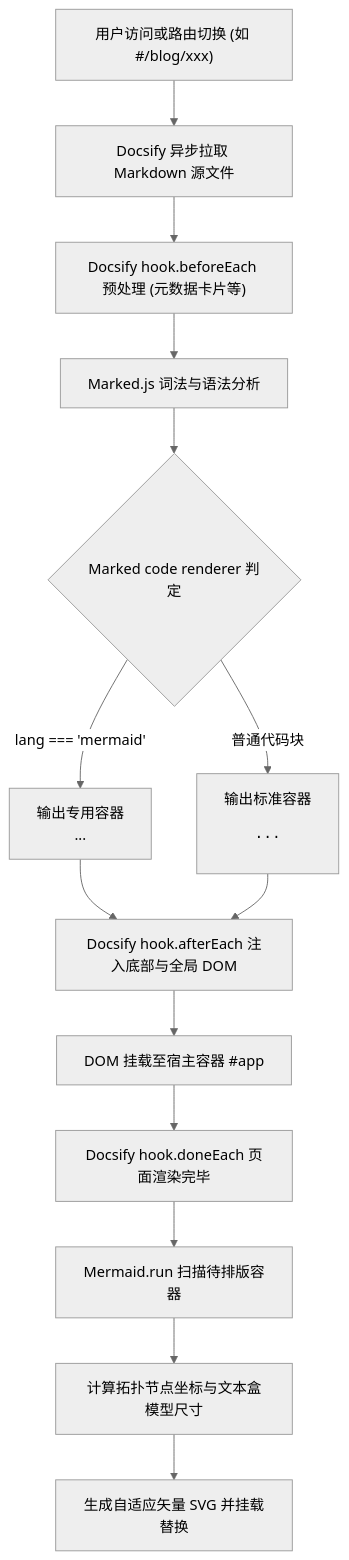
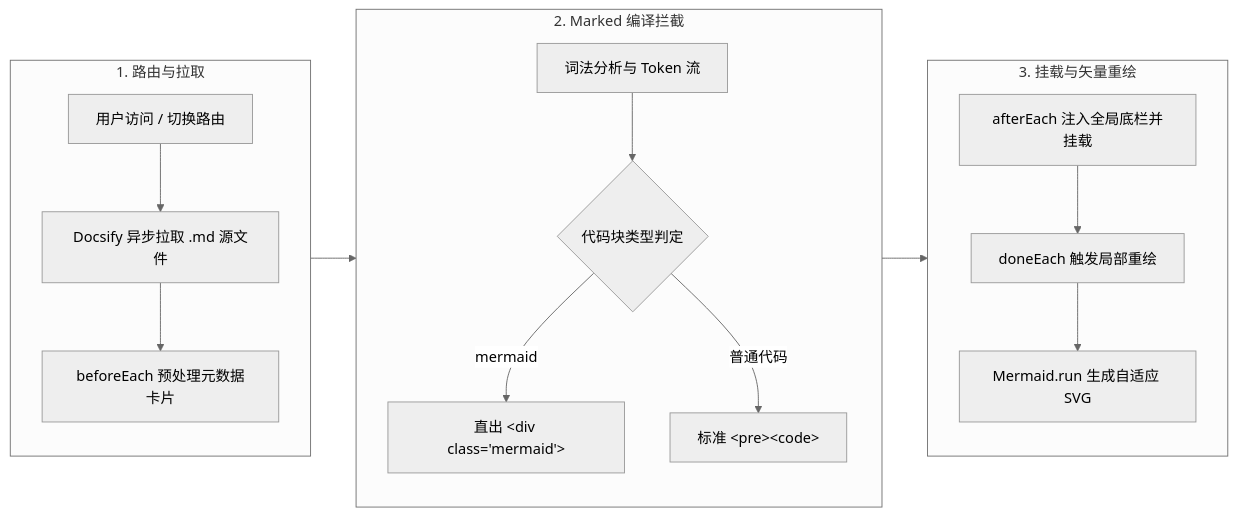
The first of 4 diagrams in blog/docsify-mermaid-guide.md (inkstar/inkstar.github.io), drawn with Mermaid (neutral theme) before and after one commit. The commit also changed other lines of this file and 2 other files, not shown here.

Commit message:
style(mermaid): 优化图表尺寸与排版，重构流程图与状态机为紧凑横向架构

````diff
--- a/blog/docsify-mermaid-guide.md
+++ b/blog/docsify-mermaid-guide.md
@@ -47,16 +47,23 @@
 ```mermaid
-flowchart TD
-    A["用户访问或路由切换 (如 #/blog/xxx)"] --> B["Docsify 异步拉取 Markdown 源文件"]
-    B --> C["Docsify hook.beforeEach 预处理 (元数据卡片等)"]
-    C --> D["Marked.js 词法与语法分析"]
-    D --> E{"Marked code renderer 判定"}
-    E -->|"lang === 'mermaid'"| F["输出专用容器 <div class='mermaid'>...</div>"]
-    E -->|"普通代码块"| G["输出标准容器 <pre><code>...</code></pre>"]
-    F --> H["Docsify hook.afterEach 注入底部与全局 DOM"]
-    G --> H
-    H --> I["DOM 挂载至宿主容器 #app"]
-    I --> J["Docsify hook.doneEach 页面渲染完毕"]
-    J --> K["Mermaid.run 扫描待排版容器"]
-    K --> L["计算拓扑节点坐标与文本盒模型尺寸"]
-    L --> M["生成自适应矢量 SVG 并挂载替换"]
+flowchart LR
+    subgraph S1["1. 路由与拉取"]
+        direction TB
+        A["用户访问 / 切换路由"] --> B["Docsify 异步拉取 .md 源文件"]
+        B --> C["beforeEach 预处理元数据卡片"]
+    end
+
+    subgraph S2["2. Marked 编译拦截"]
+        direction TB
+        D["词法分析与 Token 流"] --> E{"代码块类型判定"}
+        E -->|"mermaid"| F["直出 &lt;div class='mermaid'&gt;"]
+        E -->|"普通代码"| G["标准 &lt;pre&gt;&lt;code&gt;"]
+    end
+
+    subgraph S3["3. 挂载与矢量重绘"]
+        direction TB
+        H["afterEach 注入全局底栏并挂载"] --> I["doneEach 触发局部重绘"]
+        I --> J["Mermaid.run 生成自适应 SVG"]
+    end
+
+    S1 --> S2 --> S3
 ```
````
